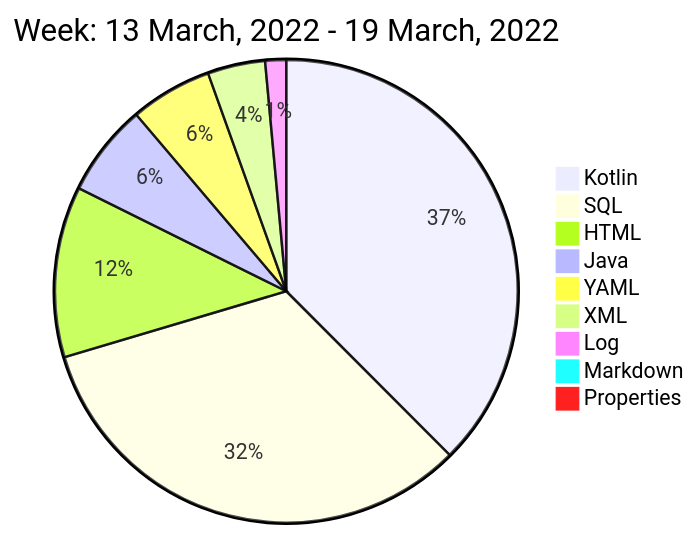
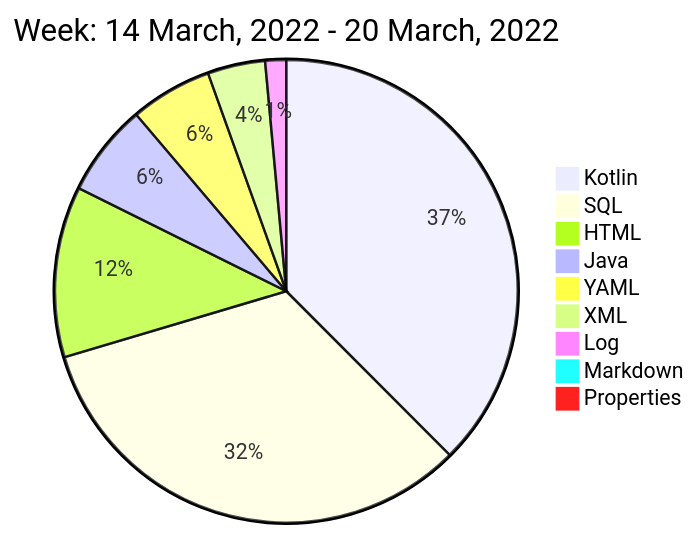
Before and after one commit to liubin95/liubin95: the diagram in README.md, drawn with Mermaid.

Commit message:
Updated the Graph with new Metrics

````diff
--- a/README.md
+++ b/README.md
@@ -40,13 +40,13 @@
 ```mermaid
  pie
-title Week: 13 March, 2022 - 19 March, 2022
+title Week: 14 March, 2022 - 20 March, 2022
  "Kotlin" : 3.08
  "SQL" : 2.7
  "HTML" : 0.98
  "Java" : 0.53
  "YAML" : 0.47
  "XML" : 0.33
  "Log" : 0.12
  "Markdown" : 0.08
  "Properties" : 0.07
 ```
````
